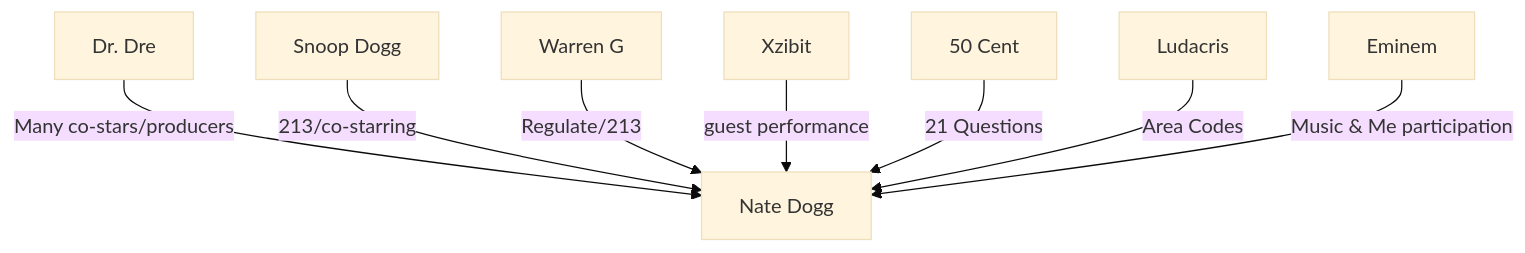
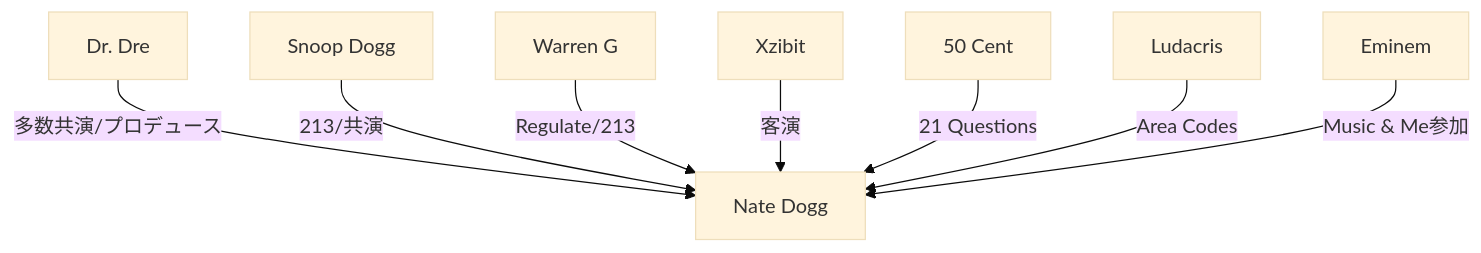
Before and after one commit to monumental-movement/monumental-movement.github.io: the second of 2 diagrams in en/_posts/2025-12-05-column-nate-dogg.md, drawn with Mermaid (base theme). The commit also changed other lines of this file and 2196 other files, not shown here.

```diff
--- a/en/_posts/2025-12-05-column-nate-dogg.md
+++ b/en/_posts/2025-12-05-column-nate-dogg.md
@@ -216,10 +215,10 @@
 <div class="mermaid">
 flowchart TD
-    Dre["Dr. Dre"] -->|Many co-stars/producers| Nate["Nate Dogg"]
-    Snoop["Snoop Dogg"] -->|213/co-starring| Nate
+    Dre["Dr. Dre"] -->|多数共演/プロデュース| Nate["Nate Dogg"]
+    Snoop["Snoop Dogg"] -->|213/共演| Nate
     WarrenG["Warren G"] -->|Regulate/213| Nate
-    xzibit["Xzibit"] -->|guest performance| Nate
+    xzibit["Xzibit"] -->|客演| Nate
     fifty["50 Cent"] -->|21 Questions| Nate
     ludacris["Ludacris"] -->|Area Codes| Nate
-    eminem["Eminem"] -->|Music & Me participation| Nate
+    eminem["Eminem"] -->|Music & Me参加| Nate
 </div>
```
